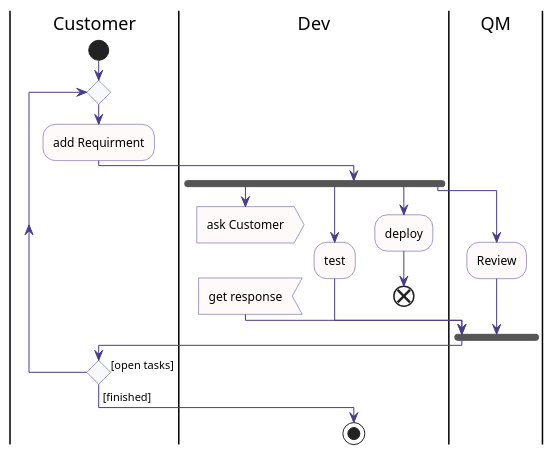
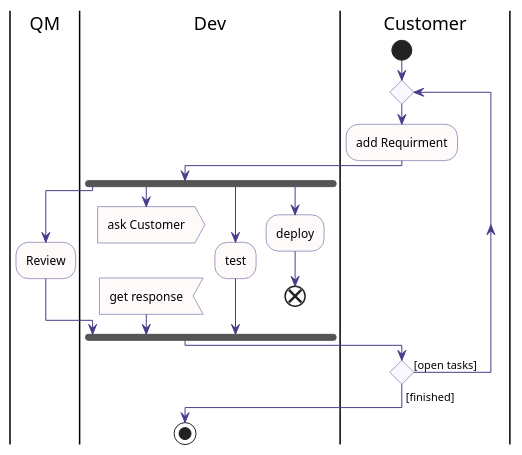
One commit to hannsens/plantUML-Activity-Cheatsheet changed the diagram in plantuml/11_aufhuebschen02.plantuml. Above: the diagram before and after it, drawn with PlantUML. The commit also changed 8 other files, not shown here.

```diff
--- a/plantuml/11_aufhuebschen02.plantuml
+++ b/plantuml/11_aufhuebschen02.plantuml
@@ -1,43 +1,44 @@
 @startuml
 skinparam DefaultFontName "Lucida Sans Typewriter"
 
 skinparam Activity{
     BackgroundColor snow
     BorderColor DarkSlateBlue
     DiamondBackgroundColor ghostwhite
     DiamondBorderColor DarkSlateBlue
 
 }
 skinparam Note{
     BorderColor DarkSlateBlue
     BackgroundColor LightYellow
 }
 
 skinparam ArrowColor DarkSlateBlue
-  |Customer|
+  |QM|
   |Dev|
-  |QM|
   |Customer|
   start
   repeat
   :add Requirment;
   |Dev|
   fork
+    |QM|
+    :Review;
+    |Dev|
+    fork again 
     :ask Customer>
 	Detach
 	:get response<
   fork again 
   :test;
   fork again
   :deploy;
   end
-  fork again 
-  |QM|
-    :Review;
+ |Dev|
   end fork
    |Customer|
      repeat while () is ([open tasks])
 ->[finished];
 |Dev|
 stop 
 @enduml
```
